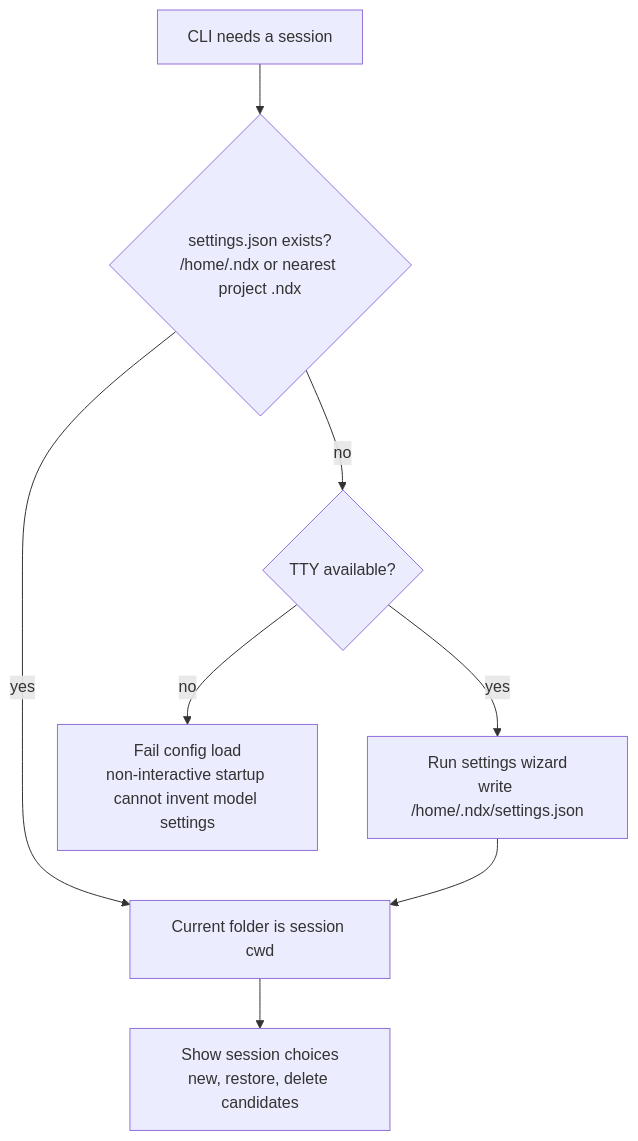
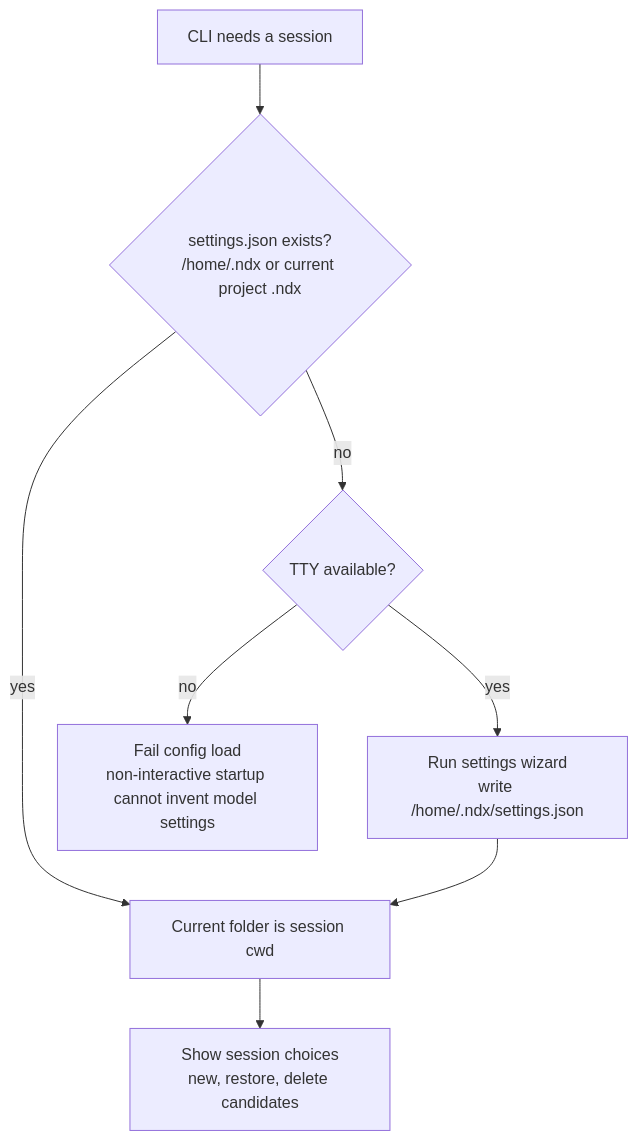
Before and after one commit to hikaMaeng/ndx: the fourth of 20 diagrams in docs/system-architecture.md, drawn with Mermaid. The commit also changed other lines of this file and 15 other files, not shown here.

````diff
--- a/docs/system-architecture.md
+++ b/docs/system-architecture.md
@@ -146,17 +146,17 @@
 ```mermaid
 flowchart TD
   start["CLI needs a session"]
-  settings{"settings.json exists?\n/home/.ndx or nearest project .ndx"}
+  settings{"settings.json exists?\n/home/.ndx or current project .ndx"}
   tty{"TTY available?"}
   wizard["Run settings wizard\nwrite /home/.ndx/settings.json"]
   fail["Fail config load\nnon-interactive startup cannot invent model settings"]
   cwd["Current folder is session cwd"]
   sessions["Show session choices\nnew, restore, delete candidates"]
 
   start --> settings
   settings -->|"yes"| cwd
   settings -->|"no"| tty
   tty -->|"yes"| wizard --> cwd
   tty -->|"no"| fail
   cwd --> sessions
 ```
````
